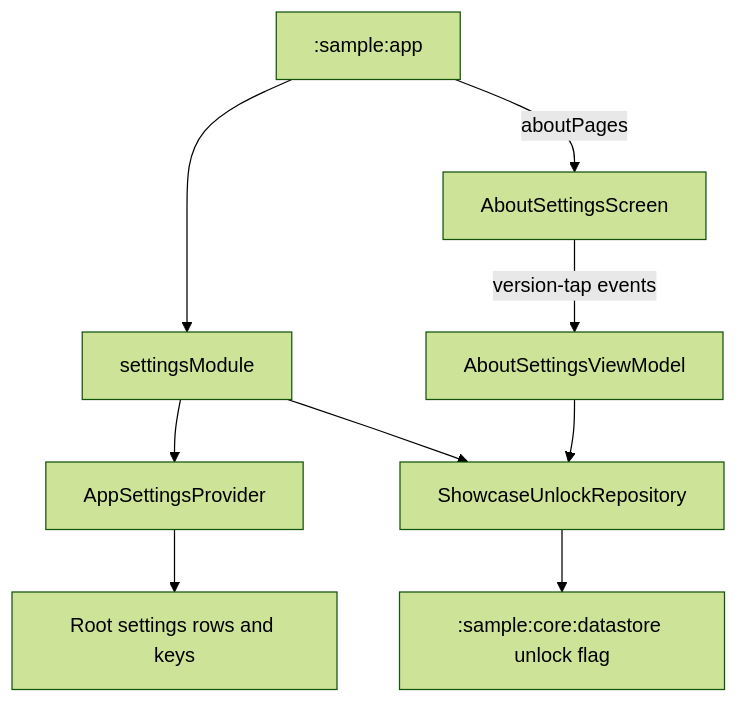
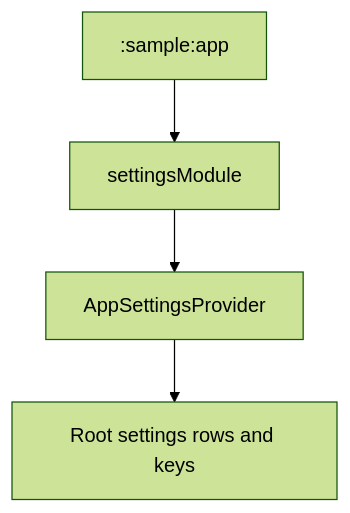
One commit to MihaiCristianCondrea/App-Toolkit-for-Android changed the diagram in sample/feature/settings/README.md. Above: the diagram before and after it, drawn with Mermaid (forest theme). The commit also changed other lines of this file and 95 other files, not shown here.

````diff
--- a/sample/feature/settings/README.md
+++ b/sample/feature/settings/README.md
@@ -43,11 +33,6 @@
 ```mermaid
 flowchart TD
     App[":sample:app"] --> Module[settingsModule]
     Module --> Provider[AppSettingsProvider]
     Provider --> Rows[Root settings rows and keys]
-    Module --> Unlock
-    App -->|aboutPages| About[AboutSettingsScreen]
-    About -->|version-tap events| ViewModel[AboutSettingsViewModel]
-    ViewModel --> Unlock[ShowcaseUnlockRepository]
-    Unlock --> Store[":sample:core:datastore" unlock flag]
 ```
````
